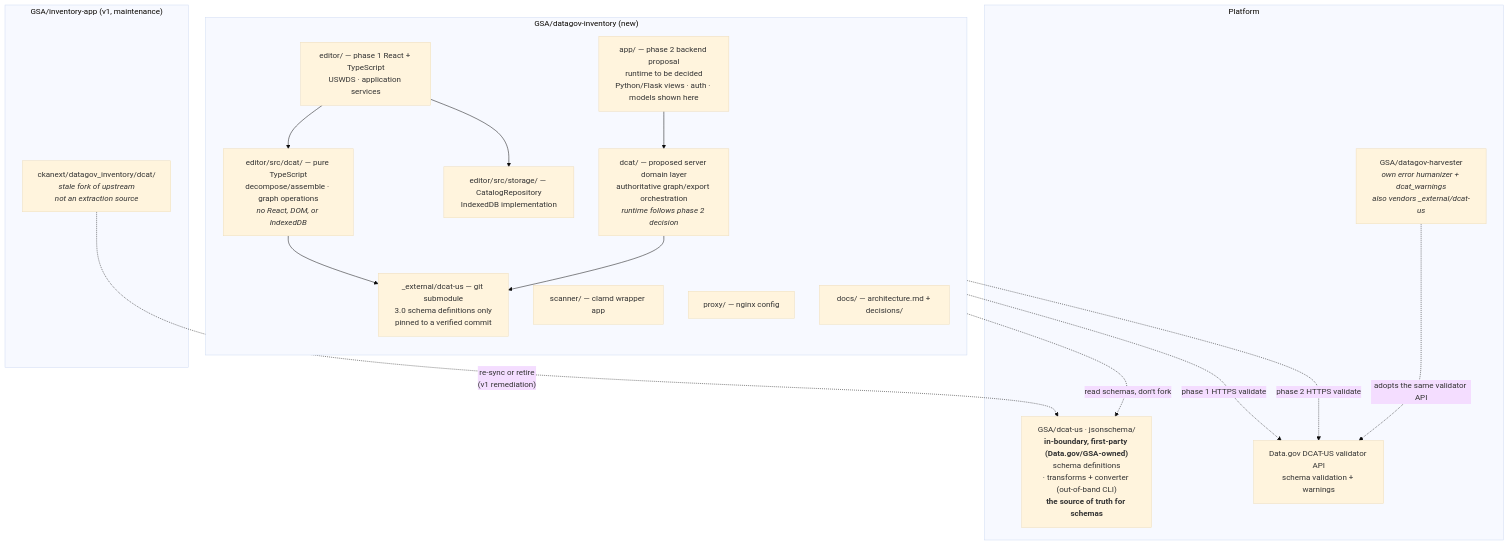
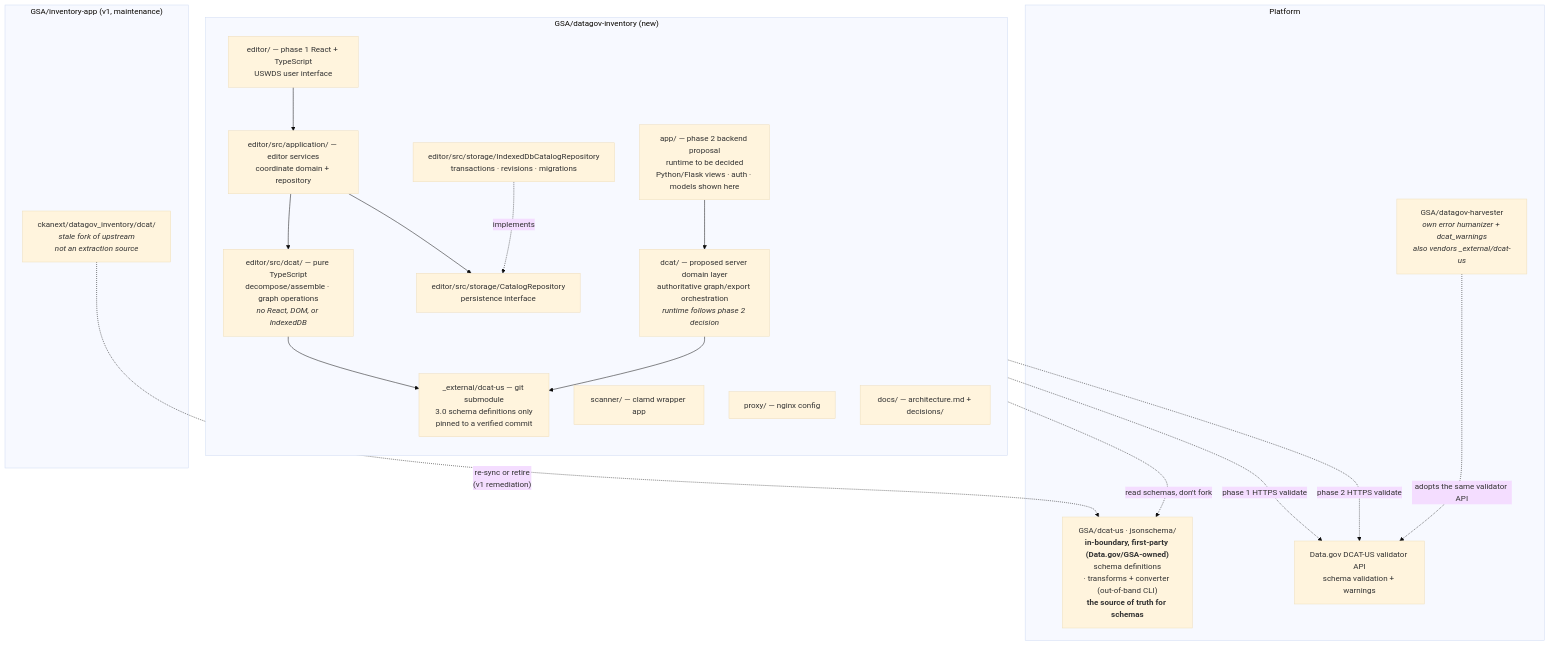
One commit to GSA/datagov-inventory changed diagram 11 of 11 in docs/architecture.md. Above: the diagram before and after it, drawn with Mermaid (base theme). The commit also changed other lines of this file and 3 other files, not shown here.

Commit message:
Shorten ADR, add details to architecture doc

````diff
--- a/docs/architecture.md
+++ b/docs/architecture.md
@@ -900,36 +1014,40 @@
 ```mermaid
 flowchart TB
     subgraph new["GSA/datagov-inventory (new)"]
         direction TB
-        EDITOR["editor/ — phase 1 React + TypeScript<br/>USWDS · application services"]
+        EDITOR["editor/ — phase 1 React + TypeScript<br/>USWDS user interface"]
+        SERVICE["editor/src/application/ — editor services<br/>coordinate domain + repository"]
         TSLIB["editor/src/dcat/ — pure TypeScript<br/>decompose/assemble · graph operations<br/><i>no React, DOM, or IndexedDB</i>"]
-        STORE["editor/src/storage/ — CatalogRepository<br/>IndexedDB implementation"]
+        REPO["editor/src/storage/CatalogRepository<br/>persistence interface"]
+        STORE["editor/src/storage/IndexedDbCatalogRepository<br/>transactions · revisions · migrations"]
         APP["app/ — phase 2 backend proposal<br/>runtime to be decided<br/>Python/Flask views · auth · models shown here"]
         LIB["dcat/ — proposed server domain layer<br/>authoritative graph/export orchestration<br/><i>runtime follows phase 2 decision</i>"]
         SCANAPP["scanner/ — clamd wrapper app"]
         PROXYD["proxy/ — nginx config"]
         DOCS["docs/ — architecture.md + decisions/"]
         SUB["_external/dcat-us — git submodule<br/>3.0 schema definitions only<br/>pinned to a verified commit"]
-        EDITOR --> TSLIB
-        EDITOR --> STORE
+        EDITOR --> SERVICE
+        SERVICE --> TSLIB
+        SERVICE --> REPO
+        STORE -.->|"implements"| REPO
         TSLIB --> SUB
         APP --> LIB
         LIB --> SUB
     end
 
     subgraph old["GSA/inventory-app (v1, maintenance)"]
         CKAN["ckanext/datagov_inventory/dcat/<br/><i>stale fork of upstream</i><br/><i>not an extraction source</i>"]
     end
 
     subgraph plat["Platform"]
         HARV["GSA/datagov-harvester<br/><i>own error humanizer + dcat_warnings</i><br/><i>also vendors _external/dcat-us</i>"]
         UPSTREAM["GSA/dcat-us · jsonschema/<br/><b>in-boundary, first-party (Data.gov/GSA-owned)</b><br/>schema definitions<br/>· transforms + converter (out-of-band CLI)<br/><b>the source of truth for schemas</b>"]
         VALAPI["Data.gov DCAT-US validator API<br/>schema validation + warnings"]
     end
 
     SUB -.->|"read schemas, don't fork"| UPSTREAM
-    EDITOR -.->|"phase 1 HTTPS validate"| VALAPI
+    SERVICE -.->|"phase 1 HTTPS validate"| VALAPI
     LIB -.->|"phase 2 HTTPS validate"| VALAPI
     CKAN -.->|"re-sync or retire<br/>(v1 remediation)"| UPSTREAM
     HARV -.->|"adopts the same validator API"| VALAPI
 ```
````
